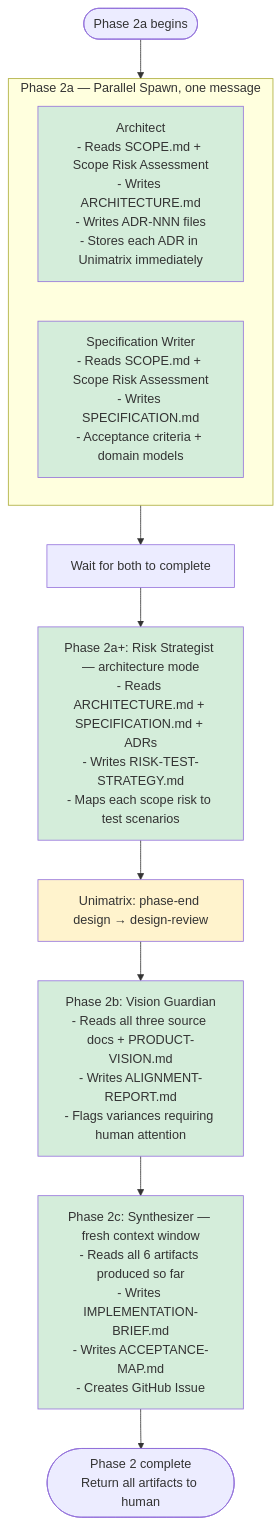
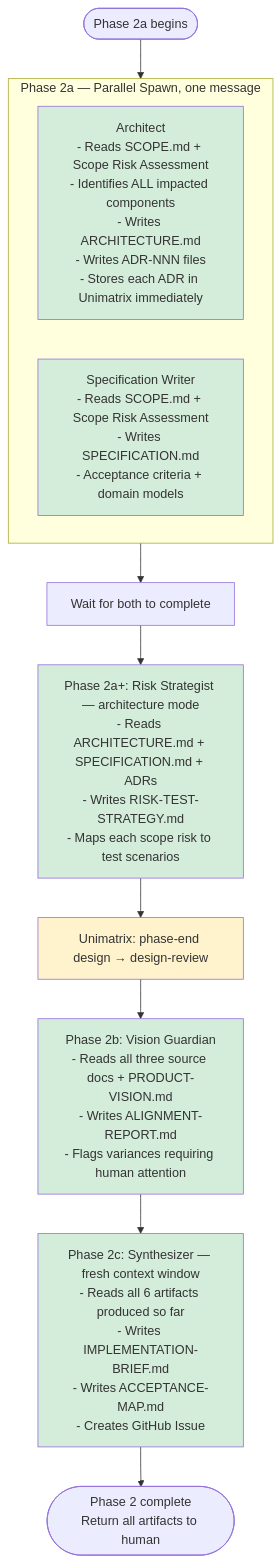
The second of 2 diagrams in docs/workflows/design-session.md (dug-21/unimatrix), drawn with Mermaid before and after one commit. The commit also changed other lines of this file and 2 other files, not shown here.

````diff
--- a/docs/workflows/design-session.md
+++ b/docs/workflows/design-session.md
@@ -53,23 +53,23 @@
 ```mermaid
 flowchart TD
     START([Phase 2a begins]) --> PAR
 
     subgraph PAR [Phase 2a — Parallel Spawn, one message]
-        ARCH[Architect\n- Reads SCOPE.md + Scope Risk Assessment\n- Writes ARCHITECTURE.md\n- Writes ADR-NNN files\n- Stores each ADR in Unimatrix immediately]
+        ARCH[Architect\n- Reads SCOPE.md + Scope Risk Assessment\n- Identifies ALL impacted components\n- Writes ARCHITECTURE.md\n- Writes ADR-NNN files\n- Stores each ADR in Unimatrix immediately]
         SPEC[Specification Writer\n- Reads SCOPE.md + Scope Risk Assessment\n- Writes SPECIFICATION.md\n- Acceptance criteria + domain models]
     end
 
     PAR --> WAIT1[Wait for both to complete]
     WAIT1 --> RISK[Phase 2a+: Risk Strategist — architecture mode\n- Reads ARCHITECTURE.md + SPECIFICATION.md + ADRs\n- Writes RISK-TEST-STRATEGY.md\n- Maps each scope risk to test scenarios]
     RISK --> CYCLE_D[Unimatrix: phase-end design → design-review]
     CYCLE_D --> VISION[Phase 2b: Vision Guardian\n- Reads all three source docs + PRODUCT-VISION.md\n- Writes ALIGNMENT-REPORT.md\n- Flags variances requiring human attention]
     VISION --> SYNTH[Phase 2c: Synthesizer — fresh context window\n- Reads all 6 artifacts produced so far\n- Writes IMPLEMENTATION-BRIEF.md\n- Writes ACCEPTANCE-MAP.md\n- Creates GitHub Issue]
     SYNTH --> END([Phase 2 complete\nReturn all artifacts to human])
 
     style ARCH fill:#d4edda
     style SPEC fill:#d4edda
     style RISK fill:#d4edda
     style VISION fill:#d4edda
     style SYNTH fill:#d4edda
     style CYCLE_D fill:#fff3cd
 ```
````
